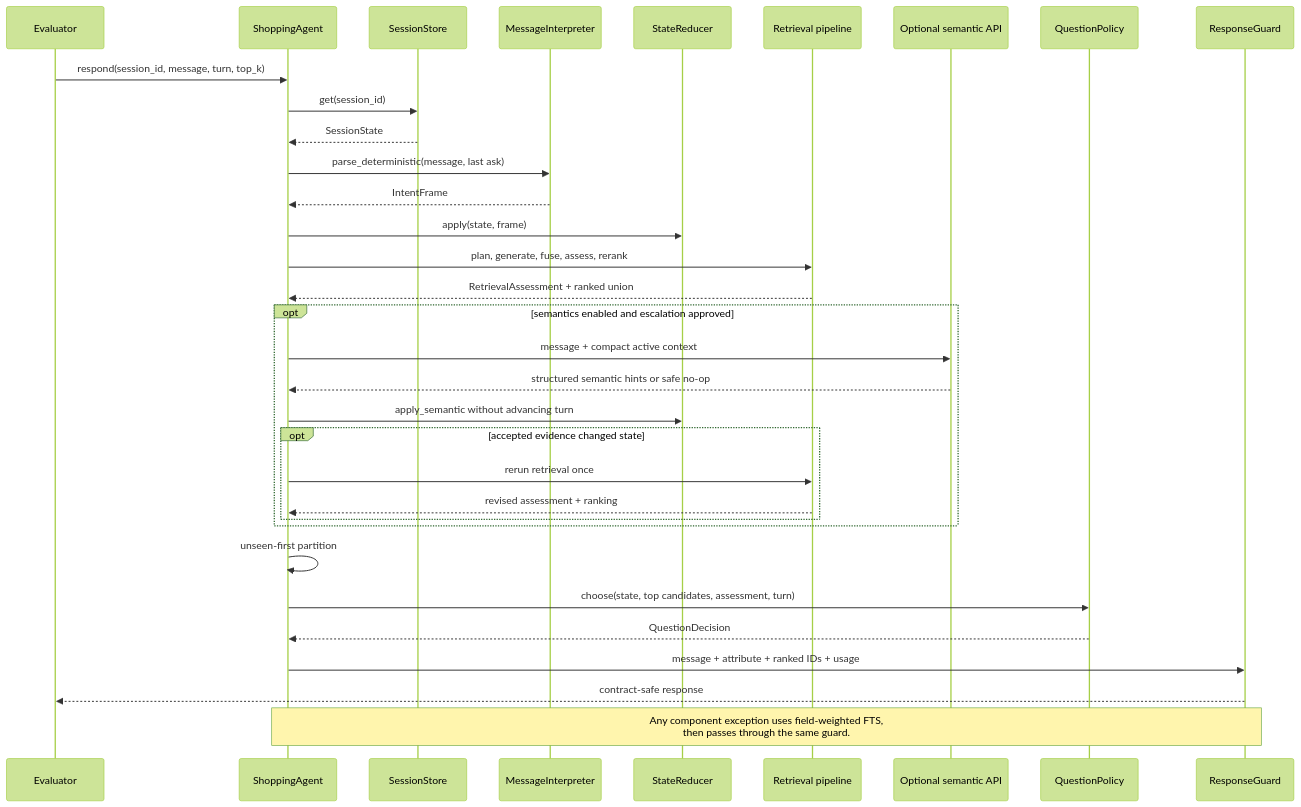
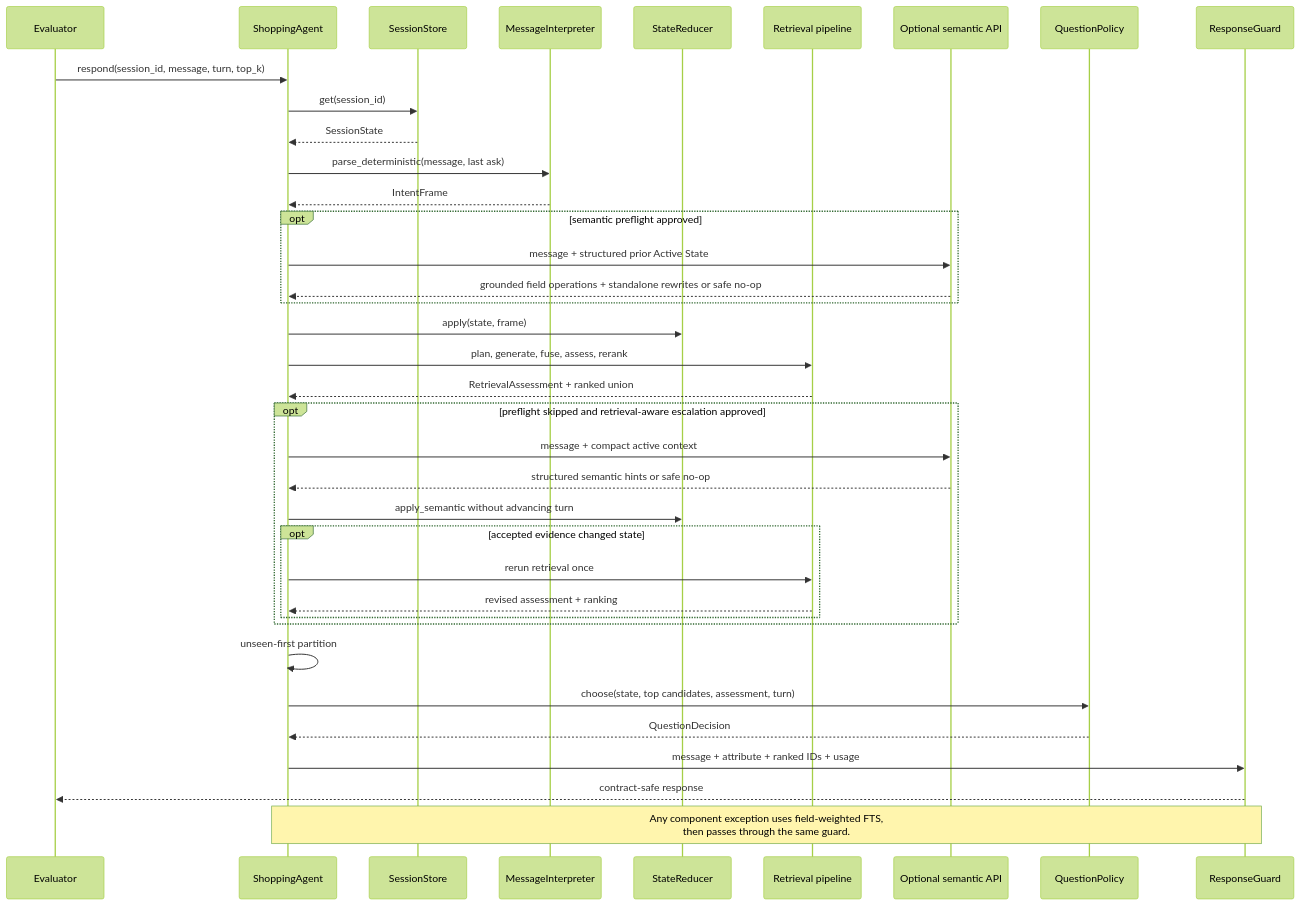
Before and after one commit to ash15khng/tiktok-techjam: the fourth of 14 diagrams in docs/system-flowcharts.md, drawn with Mermaid (forest theme). The commit also changed other lines of this file and 8 other files, not shown here.

Commit message:
document final semantic architecture and evidence

````diff
--- a/docs/system-flowcharts.md
+++ b/docs/system-flowcharts.md
@@ -198,39 +202,43 @@
 ```mermaid
 sequenceDiagram
     participant E as Evaluator
     participant A as ShoppingAgent
     participant S as SessionStore
     participant I as MessageInterpreter
     participant R as StateReducer
     participant Q as Retrieval pipeline
     participant L as Optional semantic API
     participant P as QuestionPolicy
     participant G as ResponseGuard
 
     E->>A: respond(session_id, message, turn, top_k)
     A->>S: get(session_id)
     S-->>A: SessionState
     A->>I: parse_deterministic(message, last ask)
     I-->>A: IntentFrame
+    opt semantic preflight approved
+        A->>L: message + structured prior Active State
+        L-->>A: grounded field operations + standalone rewrites or safe no-op
+    end
     A->>R: apply(state, frame)
     A->>Q: plan, generate, fuse, assess, rerank
     Q-->>A: RetrievalAssessment + ranked union
 
-    opt semantics enabled and escalation approved
+    opt preflight skipped and retrieval-aware escalation approved
         A->>L: message + compact active context
         L-->>A: structured semantic hints or safe no-op
         A->>R: apply_semantic without advancing turn
         opt accepted evidence changed state
             A->>Q: rerun retrieval once
             Q-->>A: revised assessment + ranking
         end
     end
 
     A->>A: unseen-first partition
     A->>P: choose(state, top candidates, assessment, turn)
     P-->>A: QuestionDecision
     A->>G: message + attribute + ranked IDs + usage
     G-->>E: contract-safe response
 
     Note over A,G: Any component exception uses field-weighted FTS,<br/>then passes through the same guard.
 ```
````
